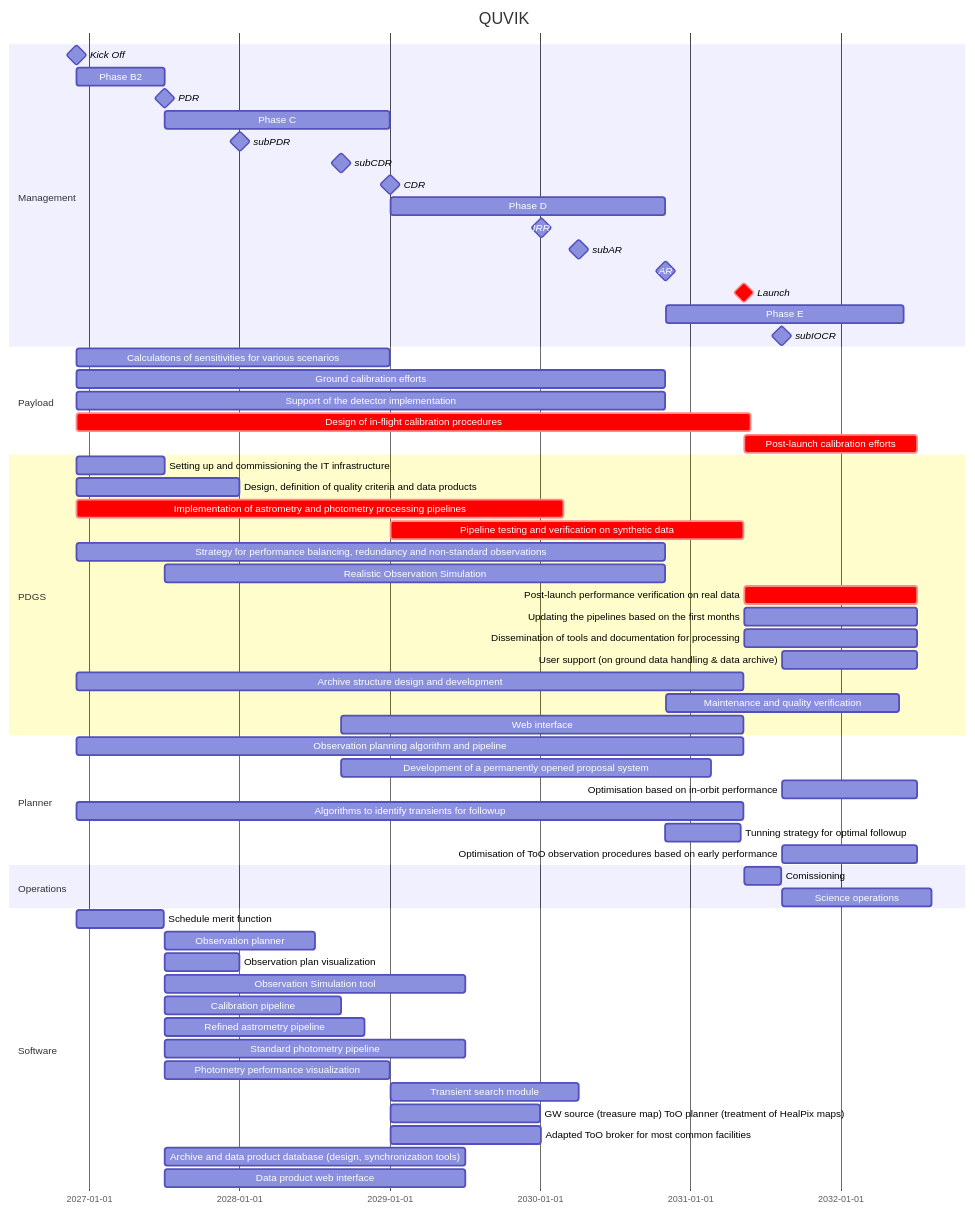
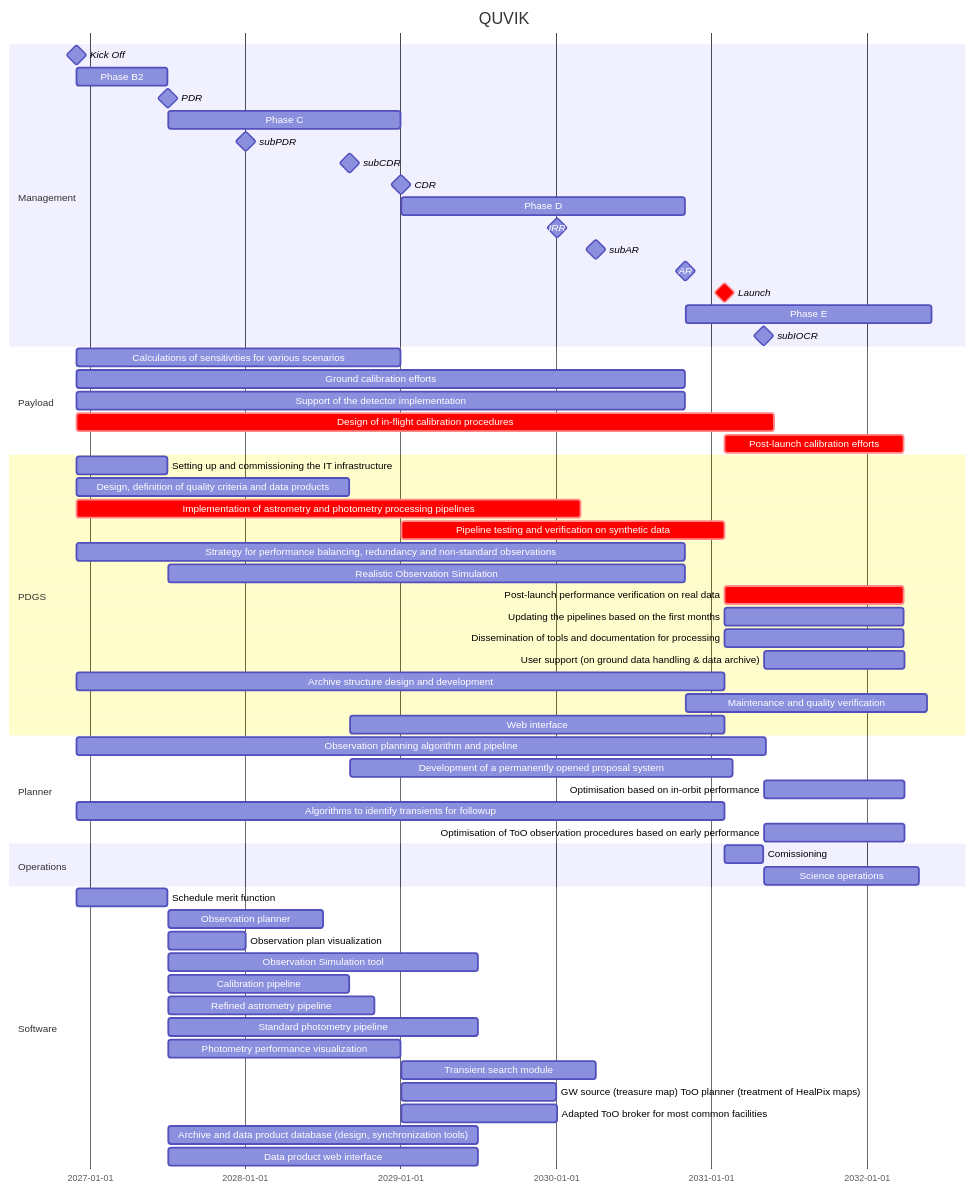
One commit to limu007/quvik changed the diagram in calib/SOC.md. Above: the diagram before and after it, drawn with Mermaid.

Commit message:
Revise subPDR and design criteria timelines
Updated milestones and timelines in SOC.md for clarity.

````diff
--- a/calib/SOC.md
+++ b/calib/SOC.md
@@ -1,69 +1,68 @@
 ```mermaid
 gantt
     title QUVIK
     dateFormat  YYYY-MM-DD
     section Management
     Kick Off : milestone, m1, 2026-12-01, 1d
     Phase B2 : b2, after m1, 213d
     PDR : milestone, pdr, after b2, 1d
     Phase C : c1, after pdr, 547d
-    subPDR :  milestone, sp1, after des, 1d
+    subPDR :  milestone, sp1, after SD-3, 1d
     subCDR :  milestone, sc1, after SD-5, 1d
     CDR : milestone, cdr, after c1, 1d
     Phase D : d1, after cdr, 668d
     IRR : milestone, irr, after SD-11, 1d
     subAR: milestone, sar, after SD-9, 1d
     AR : milestone, ar, after d1, 1d
     Launch : crit, milestone, frr, after fol, 1d
     Phase E : e1, after ar, 578d
     subIOCR : milestone, iocr, after e2, 1d
 
     section Payload
     Calculations of sensitivities for various scenarios :  after m1 , until cdr
     Ground calibration efforts :  after m1 , until ar
     Support of the detector implementation :  after m1 , until ar 
     Design of in-flight calibration procedures : crit, dcal, after m1 , 234w
     Post-launch calibration efforts : crit, after frr , 420d
 
     section PDGS
     Setting up and commissioning the IT infrastructure : after m1, until pdr
-    Design, definition of quality criteria and data products : 	des, after m1	, 396d
+    Design, definition of quality criteria and data products : 	des, after m1	, until sc1
     Implementation of astrometry and photometry processing pipelines :crit, imp, after m1 , 169w
     Pipeline testing and verification on synthetic data :crit,  pp, after cdr, until frr
     Strategy for performance balancing, redundancy and non-standard observations :  after m1 , until ar
     Realistic Observation Simulation :  after pdr , until ar
     Post-launch performance verification on real data :crit,   after frr , 420d
     Updating the pipelines based on the first months :  after frr , 420d
     Dissemination of tools and documentation for processing :  after frr , 420d
      User support (on ground data handling & data archive) :  after iocr , 330d
      Archive structure design and development :  after m1 , until frr
      Maintenance and quality verification :  after ar , 81w
      Web interface :  after sc1 , until frr
 
     section Planner
     Observation planning algorithm and pipeline :  after m1 , 1620d
     Development of a permanently opened proposal system : after sc1 , 900d
     Optimisation based on in-orbit performance :  after iocr , 330d
-    Algorithms to identify transients for followup : fol, after m1 , 1620d
-    Tunning strategy for optimal followup  :  after d1 , 183d
+    Algorithms to identify transients for followup : fol, after m1 , 1522d
     Optimisation of ToO observation procedures based on early performance :  after iocr , 330d
 
     section Operations
     Comissioning : e2, after frr, 13w
     Science operations : e3, after iocr, 52w
 
     section Software
         Schedule merit function: SD-2, after m1, 212d
         Observation planner: SD-2, after pdr, 364d
         Observation plan visualization: SD-3, after pdr, 182d
         Observation Simulation tool: SD-4, after pdr, 729d
         Calibration pipeline: SD-5, after pdr, 427d
         Refined astrometry pipeline: SD-6, after pdr, 486d
         Standard photometry pipeline: SD-7, after pdr, 729d
         Photometry performance visualization: SD-8, after pdr, 547d
         Transient search module: SD-9, after cdr, 457d
         GW source (treasure map) ToO planner (treatment of HealPix maps): SD-10, after cdr, 364d
         Adapted ToO broker for most common facilities: SD-11, after cdr, 366d
         Archive and data product database (design, synchronization tools): SD-12, after pdr, 729d
         Data product web interface: SD-13, after pdr, 729d
 ```
````
